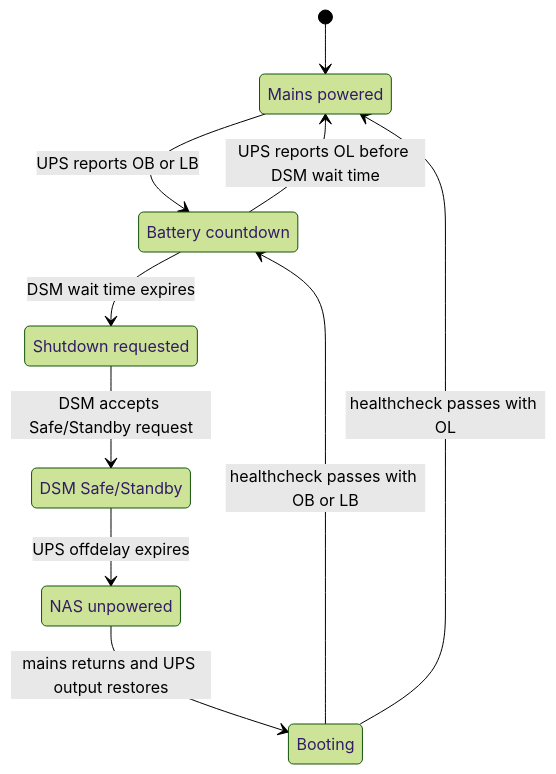
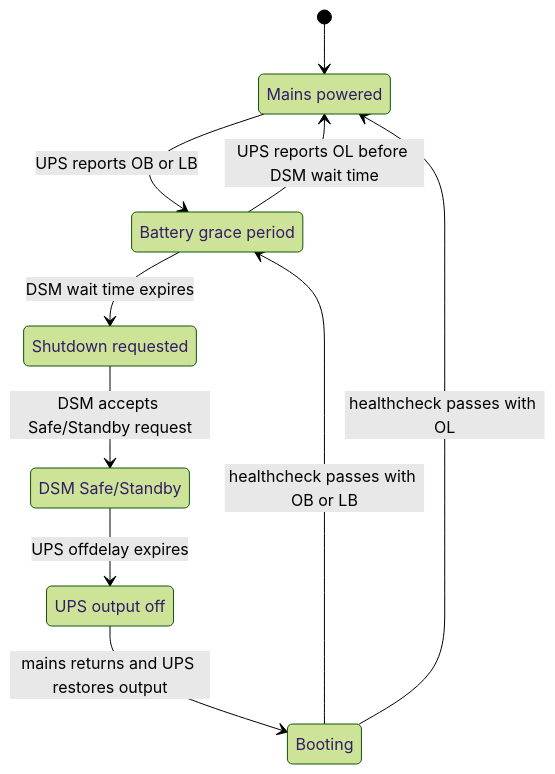
The second of 2 diagrams in README.md (papa-vova/synology-nut-ch341-ups), drawn with Mermaid (forest theme) before and after one commit. The commit also changed other lines of this file, not shown here.

Commit message:
Clarify README architecture

````diff
--- a/README.md
+++ b/README.md
@@ -177,19 +60,19 @@
 ```mermaid
 stateDiagram-v2
   state "Mains powered" as MainsPowered
-  state "Battery countdown" as BatteryCountdown
+  state "Battery grace period" as BatteryGrace
   state "Shutdown requested" as ShutdownRequested
   state "DSM Safe/Standby" as DSMSafeStandby
-  state "NAS unpowered" as NASUnpowered
+  state "UPS output off" as UPSOutputOff
   state "Booting" as Booting
 
   [*] --> MainsPowered
-  MainsPowered --> BatteryCountdown: UPS reports OB or LB
-  BatteryCountdown --> MainsPowered: UPS reports OL before DSM wait time
-  BatteryCountdown --> ShutdownRequested: DSM wait time expires
+  MainsPowered --> BatteryGrace: UPS reports OB or LB
+  BatteryGrace --> MainsPowered: UPS reports OL before DSM wait time
+  BatteryGrace --> ShutdownRequested: DSM wait time expires
   ShutdownRequested --> DSMSafeStandby: DSM accepts Safe/Standby request
-  DSMSafeStandby --> NASUnpowered: UPS offdelay expires
-  NASUnpowered --> Booting: mains returns and UPS output restores
+  DSMSafeStandby --> UPSOutputOff: UPS offdelay expires
+  UPSOutputOff --> Booting: mains returns and UPS restores output
   Booting --> MainsPowered: healthcheck passes with OL
-  Booting --> BatteryCountdown: healthcheck passes with OB or LB
+  Booting --> BatteryGrace: healthcheck passes with OB or LB
 ```
````
